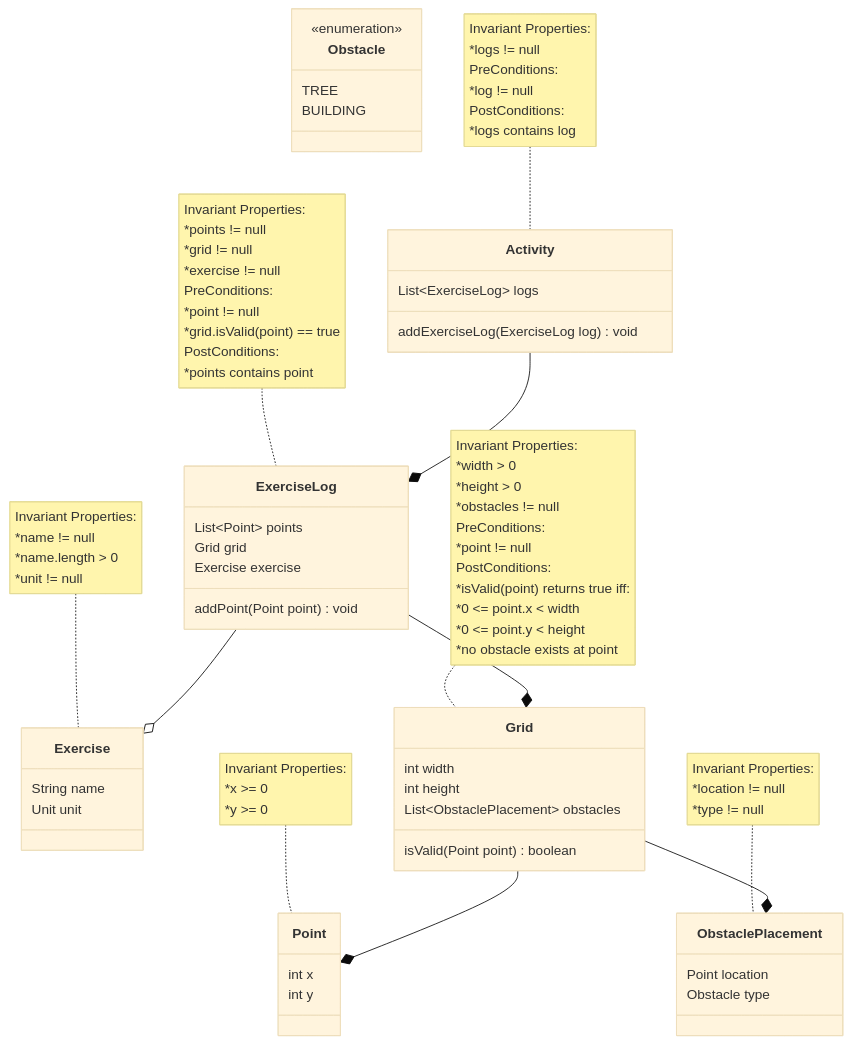
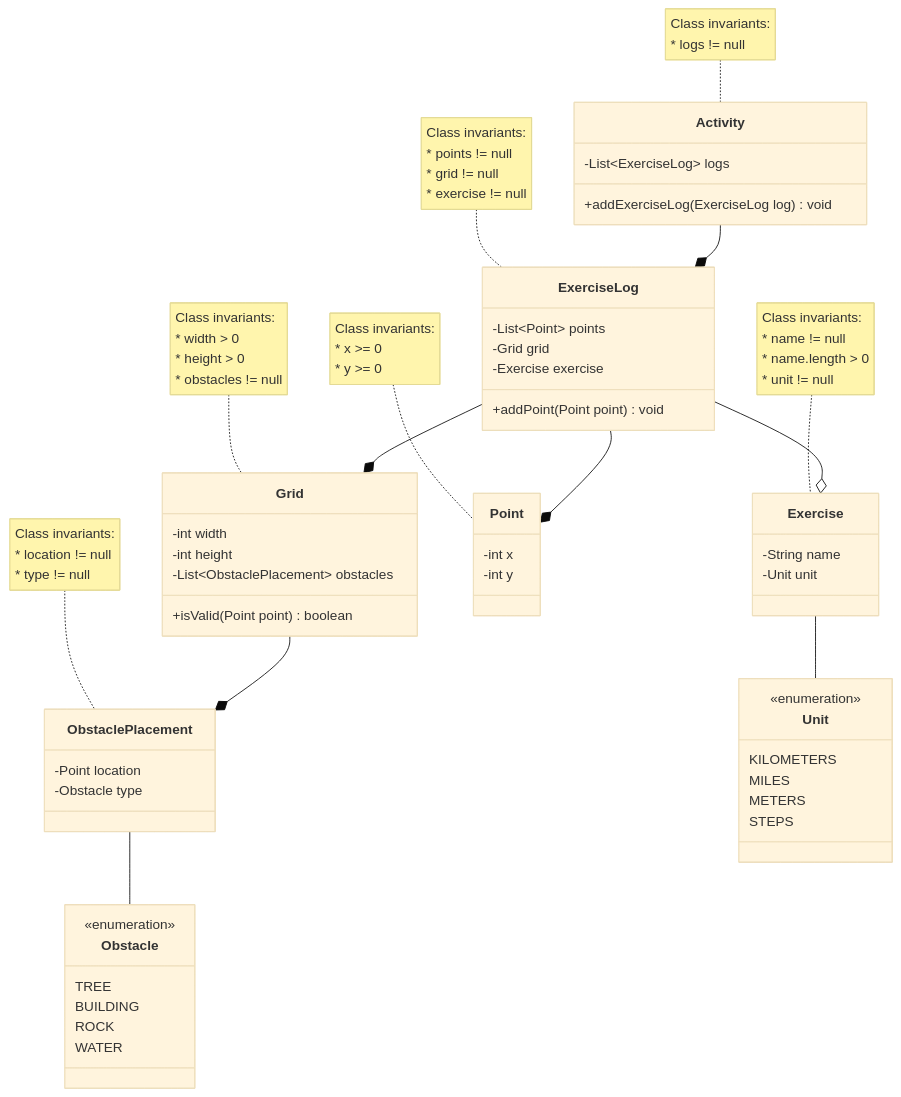
The diagram in README.md (Karan4248/Exercise-Tracker), drawn with Mermaid (base theme) before and after one commit. The commit also changed other lines of this file, not shown here.

Commit message:
made changes to rdme to match up

````diff
--- a/README.md
+++ b/README.md
@@ -12,111 +50,80 @@
 ```mermaid
 classDiagram
+  class Activity {
+    -List~ExerciseLog~ logs
+    +addExerciseLog(ExerciseLog log) void
+  }
+  note for Activity "Class invariants:
+    * logs != null"
 
-class Activity{
-  List~ExerciseLog~ logs
-  addExerciseLog(ExerciseLog log) void
-}
+  class ExerciseLog {
+    -List~Point~ points
+    -Grid grid
+    -Exercise exercise
+    +addPoint(Point point) void
+  }
+  note for ExerciseLog "Class invariants:
+    * points != null
+    * grid != null
+    * exercise != null"
 
-note for Activity "
-Invariant Properties:
-  *logs != null
+  class Exercise {
+    -String name
+    -Unit unit
+  }
+  note for Exercise "Class invariants:
+    * name != null
+    * name.length > 0
+    * unit != null"
 
-PreConditions:
-  *log != null
+  class Grid {
+    -int width
+    -int height
+    -List~ObstaclePlacement~ obstacles
+    +isValid(Point point) boolean
+  }
+  note for Grid "Class invariants:
+    * width > 0
+    * height > 0
+    * obstacles != null"
 
-PostConditions:
-  *logs contains log
-"
+  class Point {
+    -int x
+    -int y
+  }
+  note for Point "Class invariants:
+    * x >= 0
+    * y >= 0"
 
-class Exercise{
-  String name
-  Unit unit
-}
+  class ObstaclePlacement {
+    -Point location
+    -Obstacle type
+  }
+  note for ObstaclePlacement "Class invariants:
+    * location != null
+    * type != null"
 
-note for Exercise "
-Invariant Properties:
-  *name != null
-  *name.length > 0
-  *unit != null
-"
+  class Obstacle {
+    <<enumeration>>
+    TREE
+    BUILDING
+    ROCK
+    WATER
+  }
 
+  class Unit {
+    <<enumeration>>
+    KILOMETERS
+    MILES
+    METERS
+    STEPS
+  }
 
-class ExerciseLog{
-  List~Point~ points
-  Grid grid
-  Exercise exercise
-  addPoint(Point point) void
-}
-
-note for ExerciseLog "
-Invariant Properties:
-  *points != null
-  *grid != null
-  *exercise != null
-
-PreConditions:
-  *point != null
-  *grid.isValid(point) == true
-
-PostConditions:
-  *points contains point
-"
-
-class Grid{
-  int width
-  int height
-  List~ObstaclePlacement~ obstacles
-  isValid(Point point) boolean
-}
-
-note for Grid "
-Invariant Properties:
-  *width > 0
-  *height > 0
-  *obstacles != null
-
-PreConditions:
-  *point != null
-
-PostConditions:
-  *isValid(point) returns true iff:
-  *0 <= point.x < width
-  *0 <= point.y < height
-  *no obstacle exists at point
-"
-
-class Point{
-  int x
-  int y
-}
-
-note for Point "
-Invariant Properties:
-  *x >= 0
-  *y >= 0
-"
-
-class ObstaclePlacement{
-  Point location
-  Obstacle type
-}
-
-note for ObstaclePlacement "
-Invariant Properties:
-  *location != null
-  *type != null
-"
-
-class Obstacle{
-  <<enumeration>>
-  TREE
-  BUILDING
-}
-
-Activity --* ExerciseLog
-ExerciseLog --o Exercise
-ExerciseLog --* Grid
-Grid --* Point
-Grid --* ObstaclePlacement
-
+  Activity --* ExerciseLog
+  ExerciseLog --o Exercise
+  ExerciseLog --* Grid
+  ExerciseLog --* Point
+  Grid --* ObstaclePlacement
+  ObstaclePlacement -- Obstacle
+  Exercise -- Unit
 ```
````
